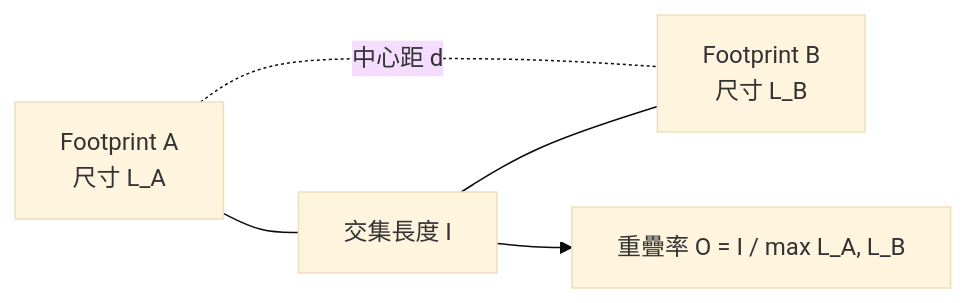
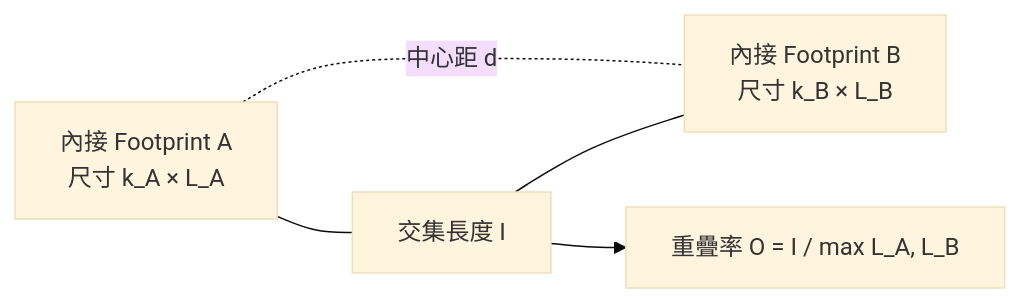
One commit to popofebsdog/uav-photo-optimizer changed diagram 11 of 24 in docs/methodology-review-manual-zh-TW.md. Above: the diagram before and after it, drawn with Mermaid (base theme). The commit also changed other lines of this file and 18 other files, not shown here.

````diff
--- a/docs/methodology-review-manual-zh-TW.md
+++ b/docs/methodology-review-manual-zh-TW.md
@@ -267,7 +296,7 @@
 ```mermaid
 flowchart LR
-    A[Footprint A<br/>尺寸 L_A] --- I[交集長度 I]
-    I --- B[Footprint B<br/>尺寸 L_B]
+    A[內接 Footprint A<br/>尺寸 k_A × L_A] --- I[交集長度 I]
+    I --- B[內接 Footprint B<br/>尺寸 k_B × L_B]
     A -. 中心距 d .- B
     I --> O[重疊率 O = I / max L_A, L_B]
 ```
````
